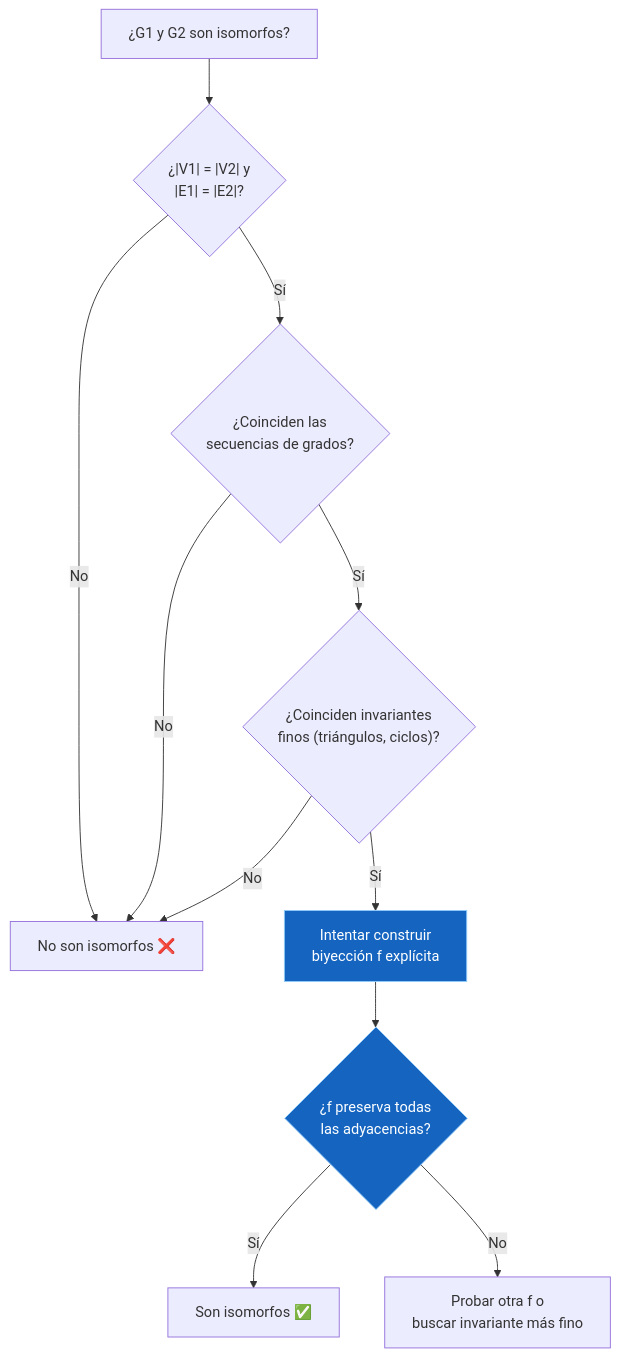
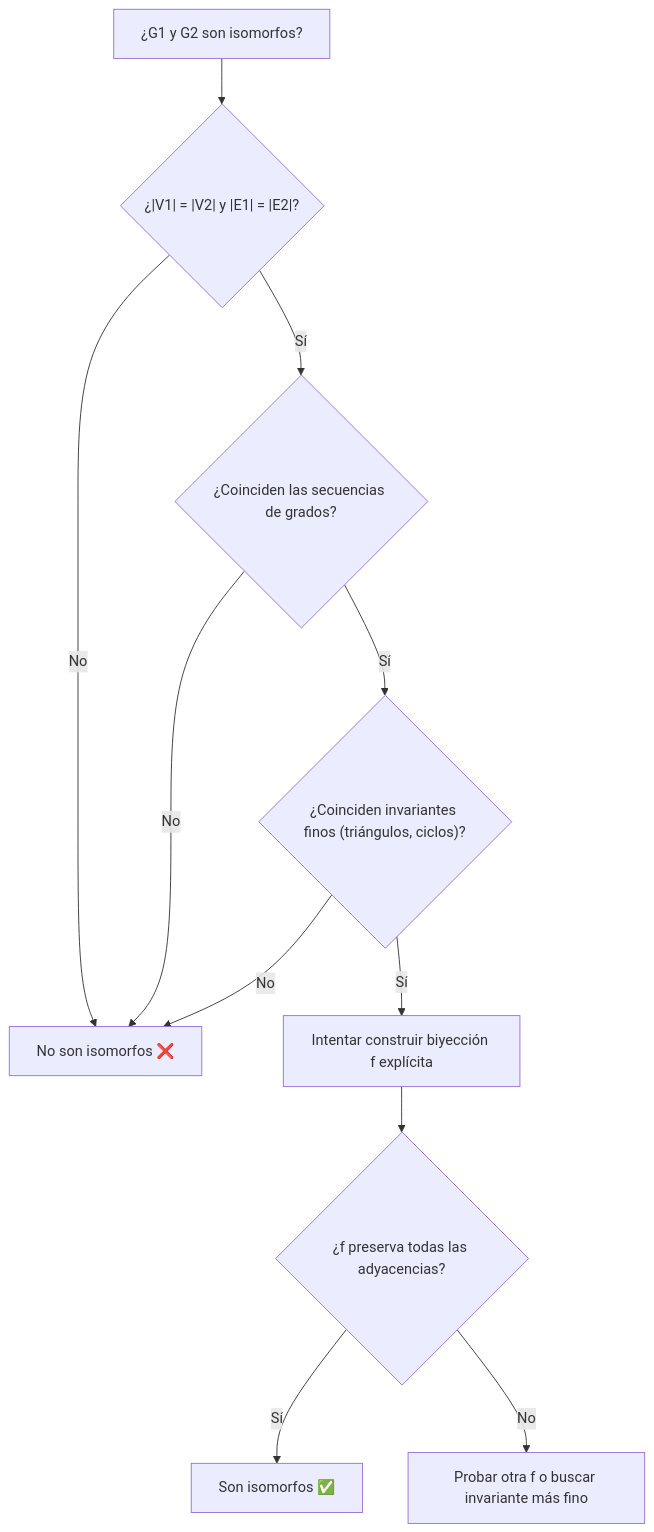
The first of 2 diagrams in src/site/notes/Universidad/3er Semestre/Matemáticas Discretas/Unidad 5 - Grafos y Árboles/03 - Grafos III - Isomorfismo.md (Fsteven22/Notas-ESPOL), drawn with Mermaid before and after one commit. The commit also changed other lines of this file and 179 other files, not shown here.

````diff
--- a/src/site/notes/Universidad/3er Semestre/Matemáticas Discretas/Unidad 5 - Grafos y Árboles/03 - Grafos III - Isomorfismo.md
+++ b/src/site/notes/Universidad/3er Semestre/Matemáticas Discretas/Unidad 5 - Grafos y Árboles/03 - Grafos III - Isomorfismo.md
@@ -184,15 +178,13 @@
 ```mermaid
 graph TD
-    A["¿G1 y G2 son isomorfos?"] --> B{"¿|V1| = |V2| y<br/>|E1| = |E2|?"}
+    A["¿G1 y G2 son isomorfos?"] --> B{"¿|V1| = |V2| y |E1| = |E2|?"}
     B -->|No| C["No son isomorfos ❌"]
-    B -->|Sí| D{"¿Coinciden las<br/>secuencias de grados?"}
+    B -->|Sí| D{"¿Coinciden las secuencias de grados?"}
     D -->|No| C
-    D -->|Sí| E{"¿Coinciden invariantes<br/>finos (triángulos, ciclos)?"}
+    D -->|Sí| E{"¿Coinciden invariantes finos (triángulos, ciclos)?"}
     E -->|No| C
-    E -->|Sí| F["Intentar construir<br/>biyección f explícita"]
-    F --> G{"¿f preserva todas<br/>las adyacencias?"}
+    E -->|Sí| F["Intentar construir biyección f explícita"]
+    F --> G{"¿f preserva todas las adyacencias?"}
     G -->|Sí| H["Son isomorfos ✅"]
-    G -->|No| I["Probar otra f o<br/>buscar invariante más fino"]
-    style F fill:#1565C0,color:#FFFFFF,stroke:#90CAF9,stroke-width:1px
-    style G fill:#1565C0,color:#FFFFFF,stroke:#90CAF9,stroke-width:1px
+    G -->|No| I["Probar otra f o buscar invariante más fino"]
 ```
````
